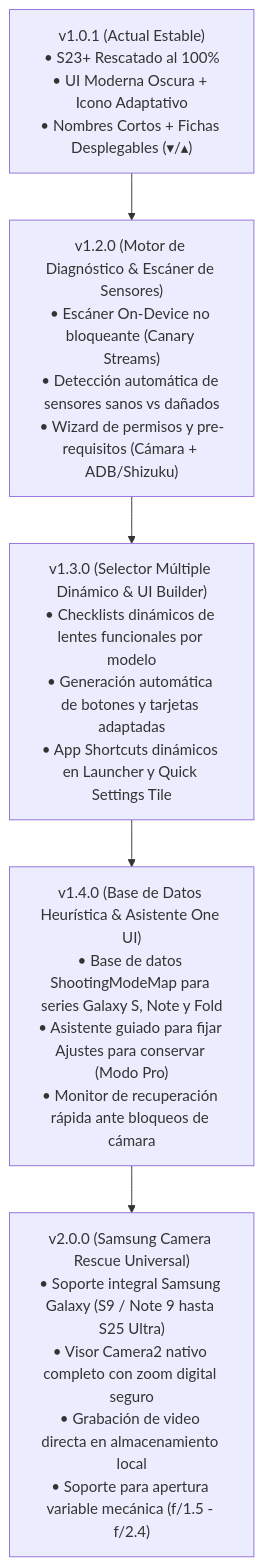
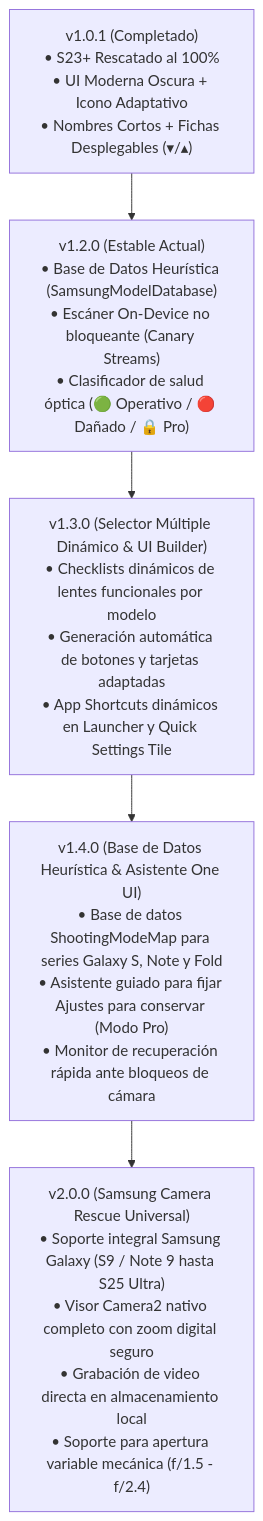
The diagram in docs/ROADMAP.md (benedetto597/camera-rescue), drawn with Mermaid before and after one commit. The commit also changed other lines of this file and 1 other file, not shown here.

Commit message:
docs: document v1.2.0 on-device diagnostic scanner release

````diff
--- a/docs/ROADMAP.md
+++ b/docs/ROADMAP.md
@@ -11,17 +11,17 @@
 ```mermaid
 flowchart TD
-    v101["v1.0.1 (Actual Estable)<br/>• S23+ Rescatado al 100%<br/>• UI Moderna Oscura + Icono Adaptativo<br/>• Nombres Cortos + Fichas Desplegables (▾/▴)"]
+    v101["v1.0.1 (Completado)<br/>• S23+ Rescatado al 100%<br/>• UI Moderna Oscura + Icono Adaptativo<br/>• Nombres Cortos + Fichas Desplegables (▾/▴)"]
     
-    v120["v1.2.0 (Motor de Diagnóstico & Escáner de Sensores)<br/>• Escáner On-Device no bloqueante (Canary Streams)<br/>• Detección automática de sensores sanos vs dañados<br/>• Wizard de permisos y pre-requisitos (Cámara + ADB/Shizuku)"]
+    v120["v1.2.0 (Estable Actual)<br/>• Base de Datos Heurística (SamsungModelDatabase)<br/>• Escáner On-Device no bloqueante (Canary Streams)<br/>• Clasificador de salud óptica (🟢 Operativo / 🔴 Dañado / 🔒 Pro)"]
     
     v130["v1.3.0 (Selector Múltiple Dinámico & UI Builder)<br/>• Checklists dinámicos de lentes funcionales por modelo<br/>• Generación automática de botones y tarjetas adaptadas<br/>• App Shortcuts dinámicos en Launcher y Quick Settings Tile"]
     
     v140["v1.4.0 (Base de Datos Heurística & Asistente One UI)<br/>• Base de datos ShootingModeMap para series Galaxy S, Note y Fold<br/>• Asistente guiado para fijar Ajustes para conservar (Modo Pro)<br/>• Monitor de recuperación rápida ante bloqueos de cámara"]
     
     v200["v2.0.0 (Samsung Camera Rescue Universal)<br/>• Soporte integral Samsung Galaxy (S9 / Note 9 hasta S25 Ultra)<br/>• Visor Camera2 nativo completo con zoom digital seguro<br/>• Grabación de video directa en almacenamiento local<br/>• Soporte para apertura variable mecánica (f/1.5 - f/2.4)"]
 
     v101 --> v120
     v120 --> v130
     v130 --> v140
     v140 --> v200
 ```
````
